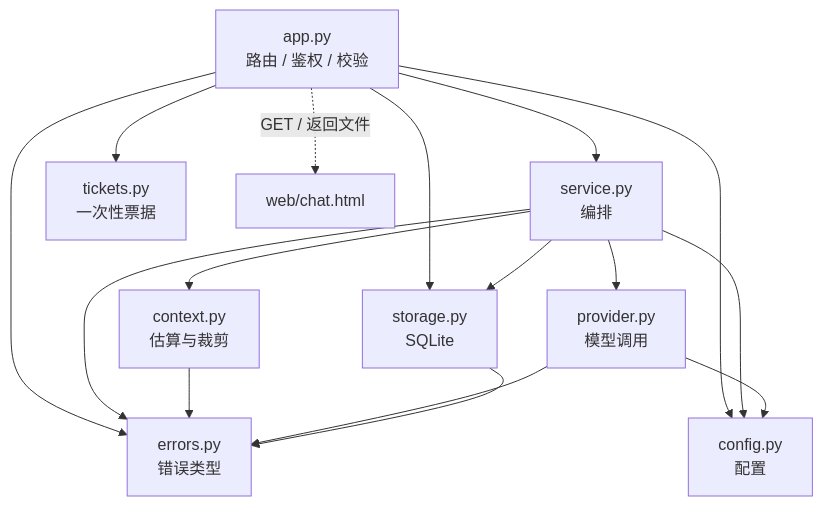
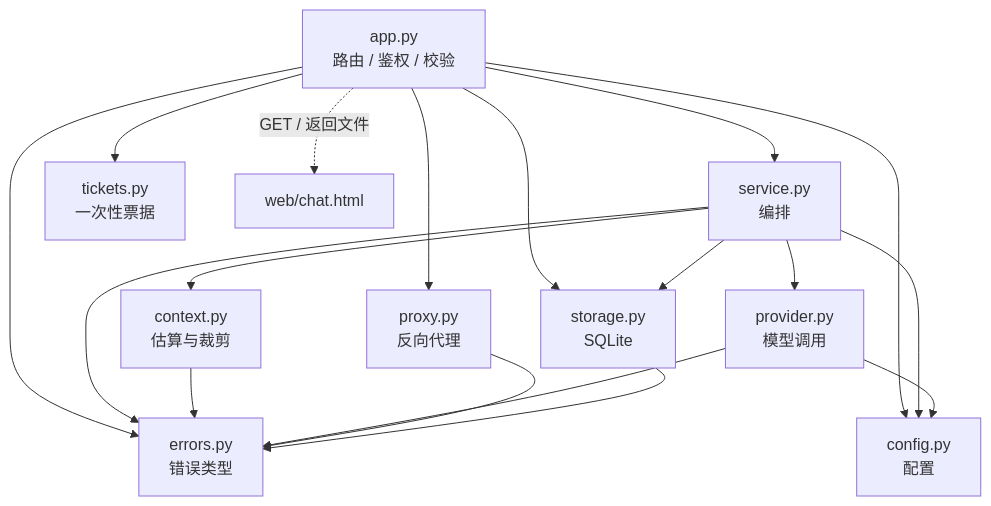
One commit to yeyangdongdong/ydd_python_gateway_origion changed the first of 7 diagrams in docs/architecture.md. Above: the diagram before and after it, drawn with Mermaid. The commit also changed other lines of this file and 12 other files, not shown here.

````diff
--- a/docs/architecture.md
+++ b/docs/architecture.md
@@ -89,28 +90,31 @@
 ```mermaid
 flowchart TD
     app["app.py<br/>路由 / 鉴权 / 校验"]
     service["service.py<br/>编排"]
     context["context.py<br/>估算与裁剪"]
     provider["provider.py<br/>模型调用"]
+    proxy["proxy.py<br/>反向代理"]
     tickets["tickets.py<br/>一次性票据"]
     storage["storage.py<br/>SQLite"]
     config["config.py<br/>配置"]
     errors["errors.py<br/>错误类型"]
     web["web/chat.html"]
 
     app --> service
     app --> storage
     app --> tickets
     app --> config
     app --> errors
+    app --> proxy
     app -.->|"GET / 返回文件"| web
     service --> context
     service --> provider
     service --> storage
     service --> config
     service --> errors
     context --> errors
     provider --> config
     provider --> errors
+    proxy --> errors
     storage --> errors
 ```
````
